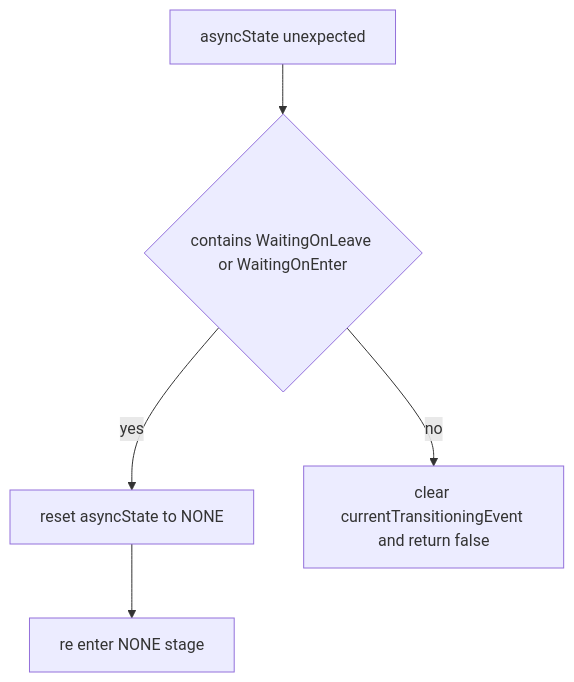
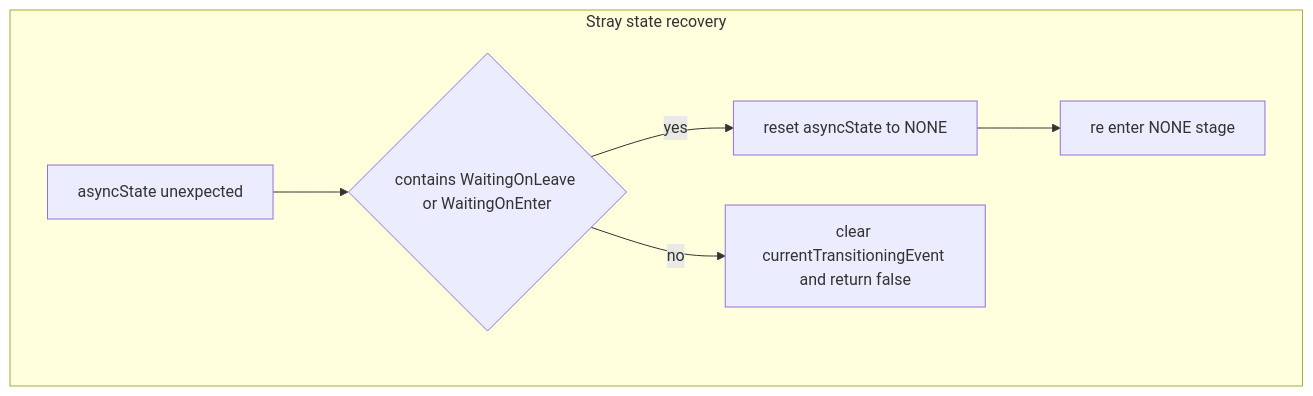
Before and after one commit to Gh0st352/AETHR: the third of 3 diagrams in docs/fsm/transition_lifecycle.md, drawn with Mermaid. The commit also changed other lines of this file and 5 other files, not shown here.

First line of the commit message:
docs(fsm): standardize headings and enhance Mermaid diagrams

````diff
--- a/docs/fsm/transition_lifecycle.md
+++ b/docs/fsm/transition_lifecycle.md
@@ -79,7 +88,15 @@
 ```mermaid
+%% shared theme: docs/_mermaid/theme.json %%
 flowchart TD
-  S[asyncState unexpected] --> CK{contains WaitingOnLeave or WaitingOnEnter}
-  CK -->|yes| RST[reset asyncState to NONE]
-  RST --> LOOP[re enter NONE stage]
-  CK -->|no| FAIL[clear currentTransitioningEvent and return false]
+  subgraph "Stray state recovery"
+    S[asyncState unexpected] --> CK{contains WaitingOnLeave or WaitingOnEnter}
+    CK -->|yes| RST[reset asyncState to NONE]
+    RST --> LOOP[re enter NONE stage]
+    CK -->|no| FAIL[clear currentTransitioningEvent and return false]
+  end
+  class S class_data;
+  class CK class_decision;
+  class RST class_compute;
+  class LOOP class_step;
+  class FAIL class_result;
 ```
````
